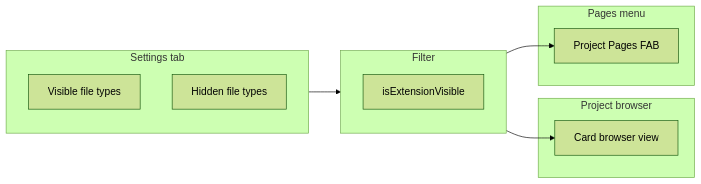
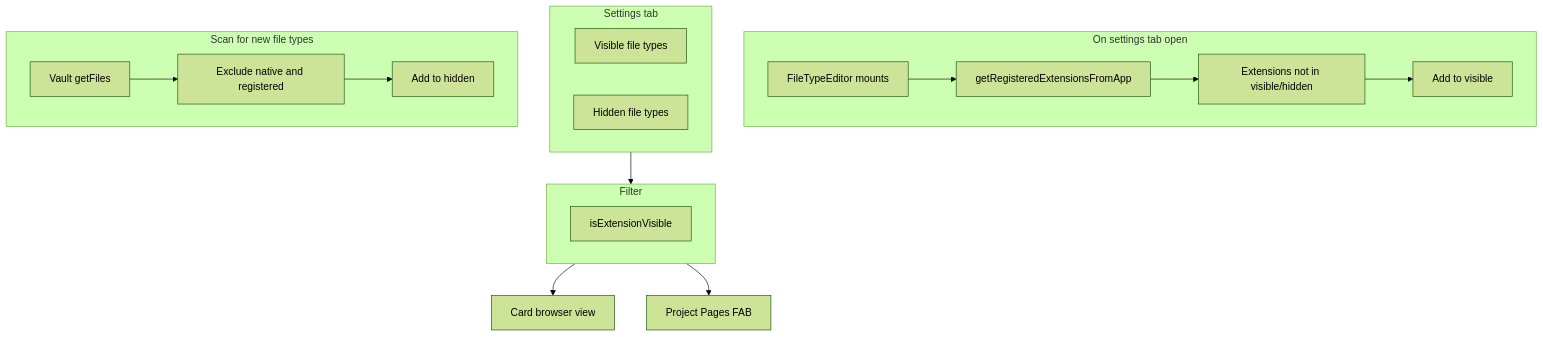
The diagram in docs/file-type-visibility.md (rolltidehero/obsidian-star-rater), drawn with Mermaid (forest theme) before and after one commit. The commit also changed other lines of this file and 8 other files, not shown here.

Commit message:
Added setting allow to mark filetypes as visible or hidden

````diff
--- a/docs/file-type-visibility.md
+++ b/docs/file-type-visibility.md
@@ -18,23 +31,30 @@
 ```mermaid
-flowchart LR
+flowchart TD
+    subgraph OnSettingsOpen [On settings tab open]
+        Mount[FileTypeEditor mounts]
+        GetReg[getRegisteredExtensionsFromApp]
+        Diff[Extensions not in visible/hidden]
+        AddToVisible[Add to visible]
+        Mount --> GetReg --> Diff --> AddToVisible
+    end
+
     subgraph Settings [Settings tab]
         Visible[Visible file types]
         Hidden[Hidden file types]
     end
 
     subgraph Filter [Filter]
         IsVisible[isExtensionVisible]
     end
 
-    subgraph Browser [Project browser]
-        CardBrowser[Card browser view]
-    end
-
-    subgraph Pages [Pages menu]
-        ProjectPagesFAB[Project Pages FAB]
+    subgraph Scan [Scan for new file types]
+        VaultScan[Vault getFiles]
+        FilterScan[Exclude native and registered]
+        AddToHidden[Add to hidden]
+        VaultScan --> FilterScan --> AddToHidden
     end
 
     Settings --> Filter
-    Filter --> CardBrowser
-    Filter --> ProjectPagesFAB
+    Filter --> CardBrowser[Card browser view]
+    Filter --> ProjectPagesFAB[Project Pages FAB]
 ```
````
